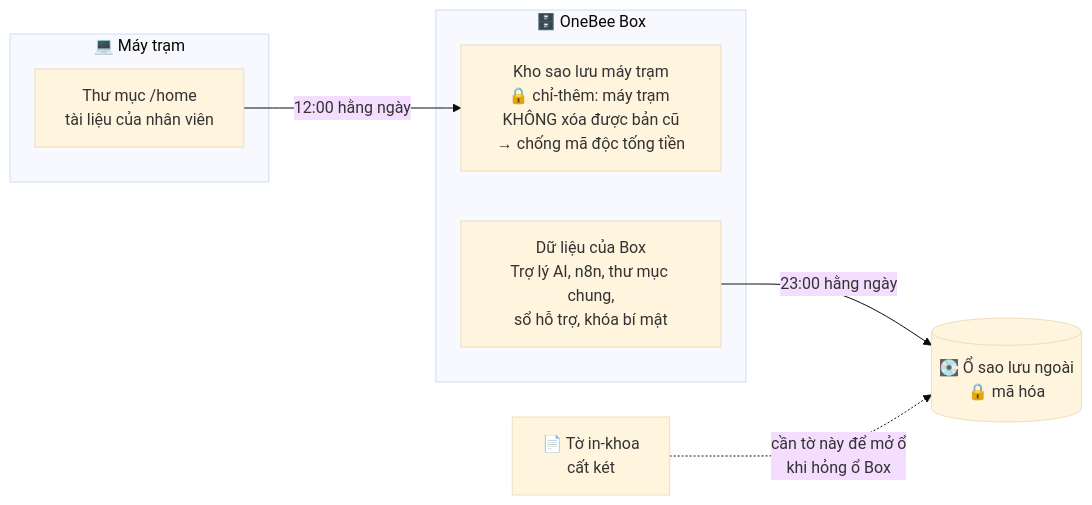
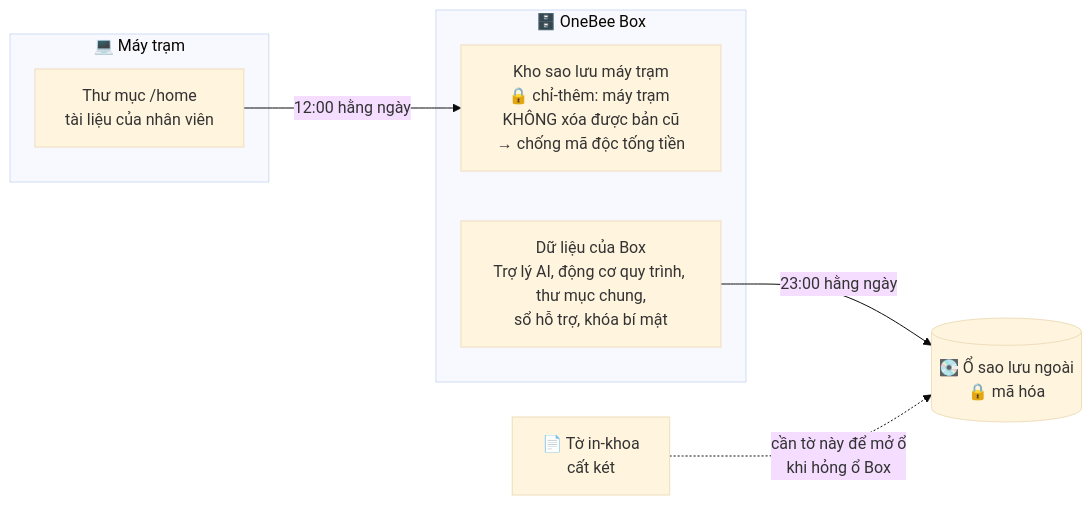
One commit to mthien07/da3-he-dieu-hanh-va-tu-dong-hoa-open-source changed the third of 4 diagrams in docs/huong-dan/huong-dan-cai-dat-tu-a-den-z.md. Above: the diagram before and after it, drawn with Mermaid (base theme). The commit also changed other lines of this file and 94 other files, not shown here.

Commit message:
feat(box): thay công cụ quy trình cũ bằng Node-RED, bỏ cổng riêng và siết tuyến soạn luồng

````diff
--- a/docs/huong-dan/huong-dan-cai-dat-tu-a-den-z.md
+++ b/docs/huong-dan/huong-dan-cai-dat-tu-a-den-z.md
@@ -201,16 +201,16 @@
 ```mermaid
 flowchart LR
     subgraph M["💻 Máy trạm"]
         H["Thư mục /home<br/>tài liệu của nhân viên"]
     end
     subgraph BX["🗄️ OneBee Box"]
         K["Kho sao lưu máy trạm<br/>🔒 chỉ-thêm: máy trạm KHÔNG xóa được bản cũ<br/>→ chống mã độc tống tiền"]
-        D["Dữ liệu của Box<br/>Trợ lý AI, n8n, thư mục chung,<br/>sổ hỗ trợ, khóa bí mật"]
+        D["Dữ liệu của Box<br/>Trợ lý AI, động cơ quy trình, thư mục chung,<br/>sổ hỗ trợ, khóa bí mật"]
     end
     O[("💽 Ổ sao lưu ngoài<br/>🔒 mã hóa")]
     G["📄 Tờ in-khoa<br/>cất két"]
 
     H -- "12:00 hằng ngày" --> K
     D -- "23:00 hằng ngày" --> O
     G -. "cần tờ này để mở ổ<br/>khi hỏng ổ Box" .-> O
 ```
````
